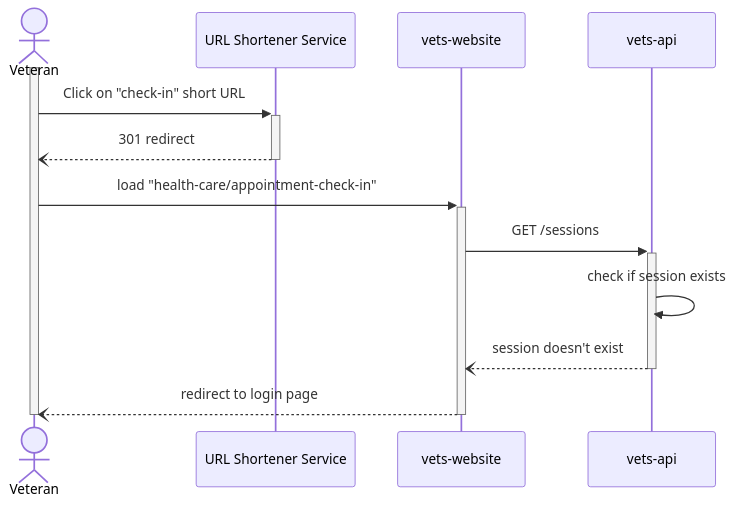
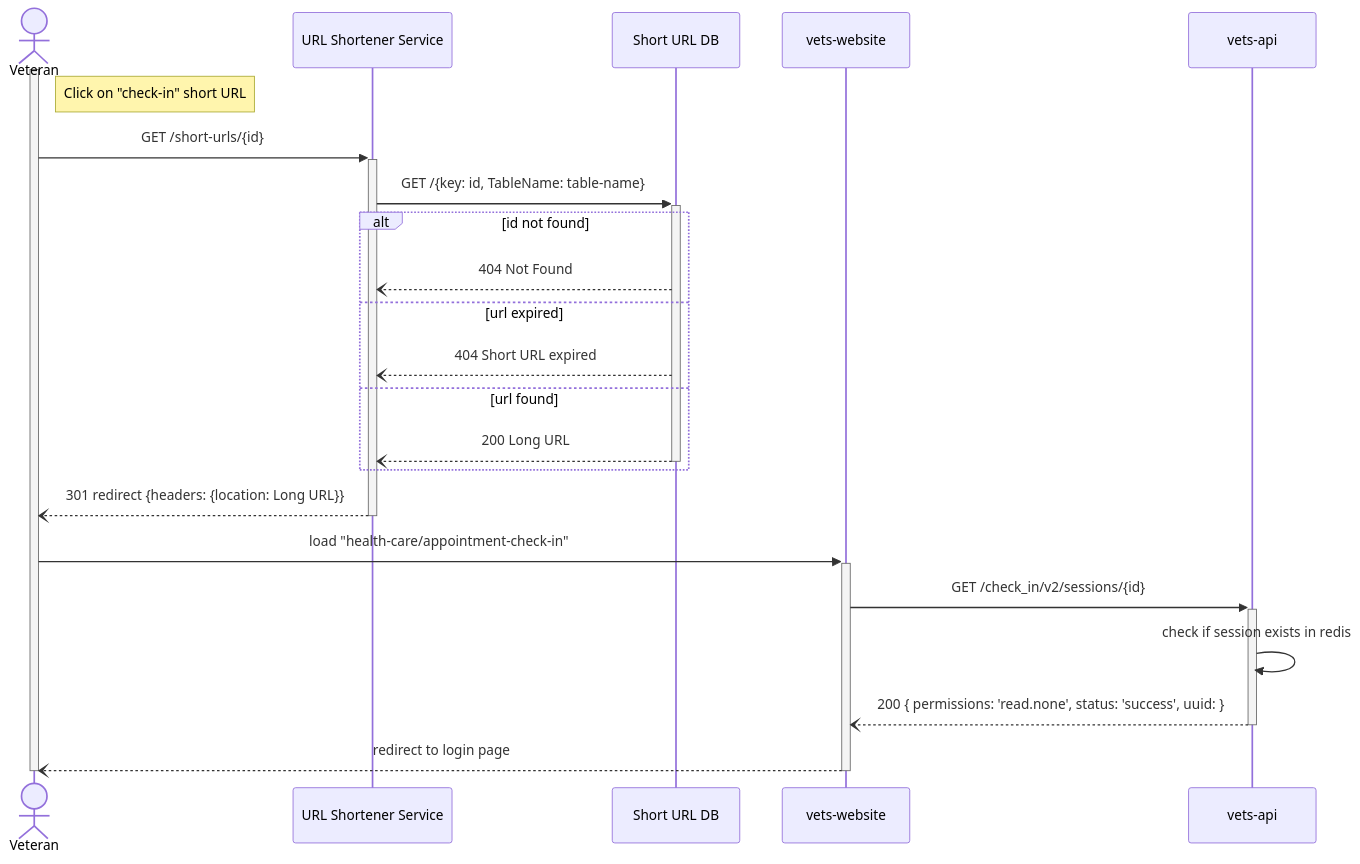
The second of 4 diagrams in products/health-care/checkin/engineering/architecture-diagrams/sequenceDiagram_checkInExp.md (department-of-veterans-affairs/va.gov-team), drawn with Mermaid before and after one commit.

Commit message:
Updating Start Check-in Sequence Diagram

````diff
--- a/products/health-care/checkin/engineering/architecture-diagrams/sequenceDiagram_checkInExp.md
+++ b/products/health-care/checkin/engineering/architecture-diagrams/sequenceDiagram_checkInExp.md
@@ -67,17 +67,27 @@
 ```mermaid
 sequenceDiagram
     actor vet as Veteran
     participant url as URL Shortener Service
+    participant db as Short URL DB
     participant web as vets-website
     participant api as vets-api
 
     activate vet
-    vet->>+url: Click on "check-in" short URL
-    url--)-vet: 301 redirect
+    note right of vet: Click on "check-in" short URL
+    vet->>+url: GET /short-urls/{id}
+    url->>+db: GET /{key: id, TableName: table-name}
+    alt id not found 
+        db--)url: 404 Not Found
+    else url expired
+        db--)url: 404 Short URL expired
+    else url found
+        db--)-url: 200 Long URL
+    end
+    url--)-vet: 301 redirect {headers: {location: Long URL}}
     vet->>+web: load "health-care/appointment-check-in"
-    web->>+api: GET /sessions
-    api->>api: check if session exists
-    api--)-web: session doesn't exist
+    web->>+api: GET /check_in/v2/sessions/{id}
+    api->>api: check if session exists in redis
+    api--)-web: 200 { permissions: 'read.none', status: 'success', uuid: }
     web--)-vet: redirect to login page
     deactivate vet
 ```
````
